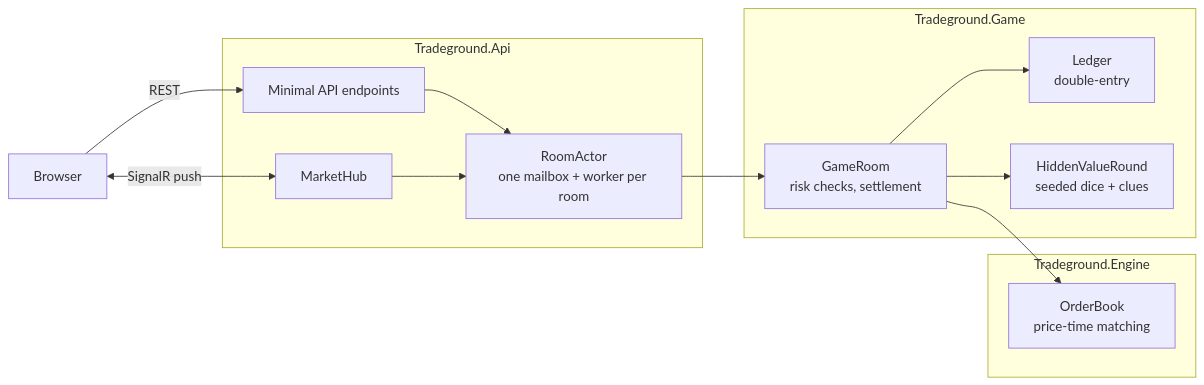
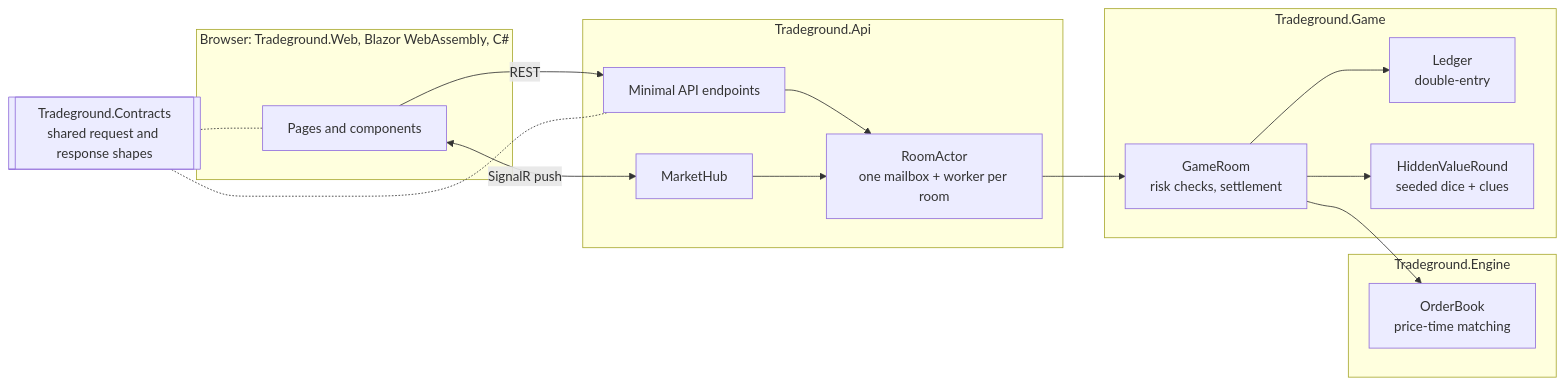
One commit to Goldengamer255/tradeground changed the diagram in README.md. Above: the diagram before and after it, drawn with Mermaid. The commit also changed other lines of this file and 62 other files, not shown here.

````diff
--- a/README.md
+++ b/README.md
@@ -58,18 +58,23 @@
 ```mermaid
 flowchart LR
-    Browser -- REST --> API
-    Browser <-- SignalR push --> Hub
+    subgraph Browser[Browser: Tradeground.Web, Blazor WebAssembly, C#]
+        Pages[Pages and components]
+    end
+    Pages -- REST --> API
+    Pages <-- SignalR push --> Hub
+    Contracts[[Tradeground.Contracts<br/>shared request and response shapes]] -.- Pages
+    Contracts -.- API
     subgraph Tradeground.Api
         API[Minimal API endpoints] --> Actor[RoomActor<br/>one mailbox + worker per room]
         Hub[MarketHub] --> Actor
     end
     Actor --> Room
     subgraph Tradeground.Game
         Room[GameRoom<br/>risk checks, settlement] --> Ledger[Ledger<br/>double-entry]
         Room --> Round[HiddenValueRound<br/>seeded dice + clues]
     end
     Room --> Book
     subgraph Tradeground.Engine
         Book[OrderBook<br/>price-time matching]
     end
 ```
````
